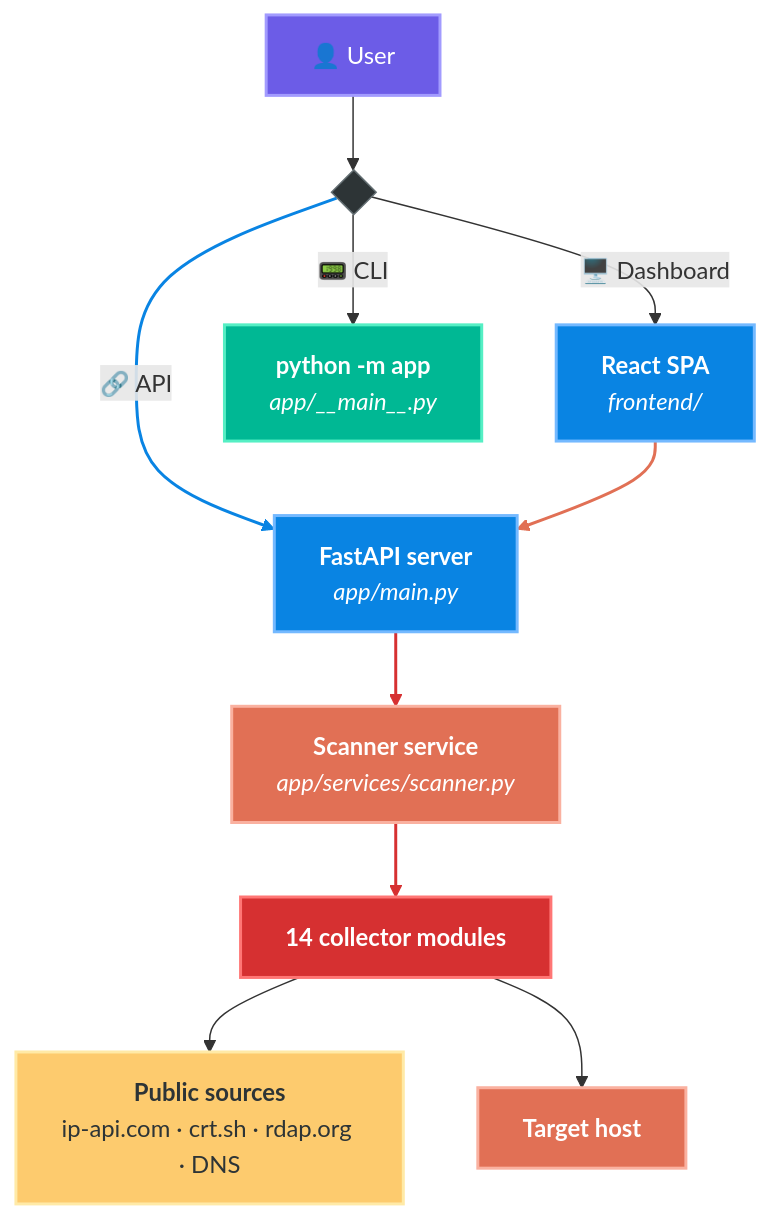
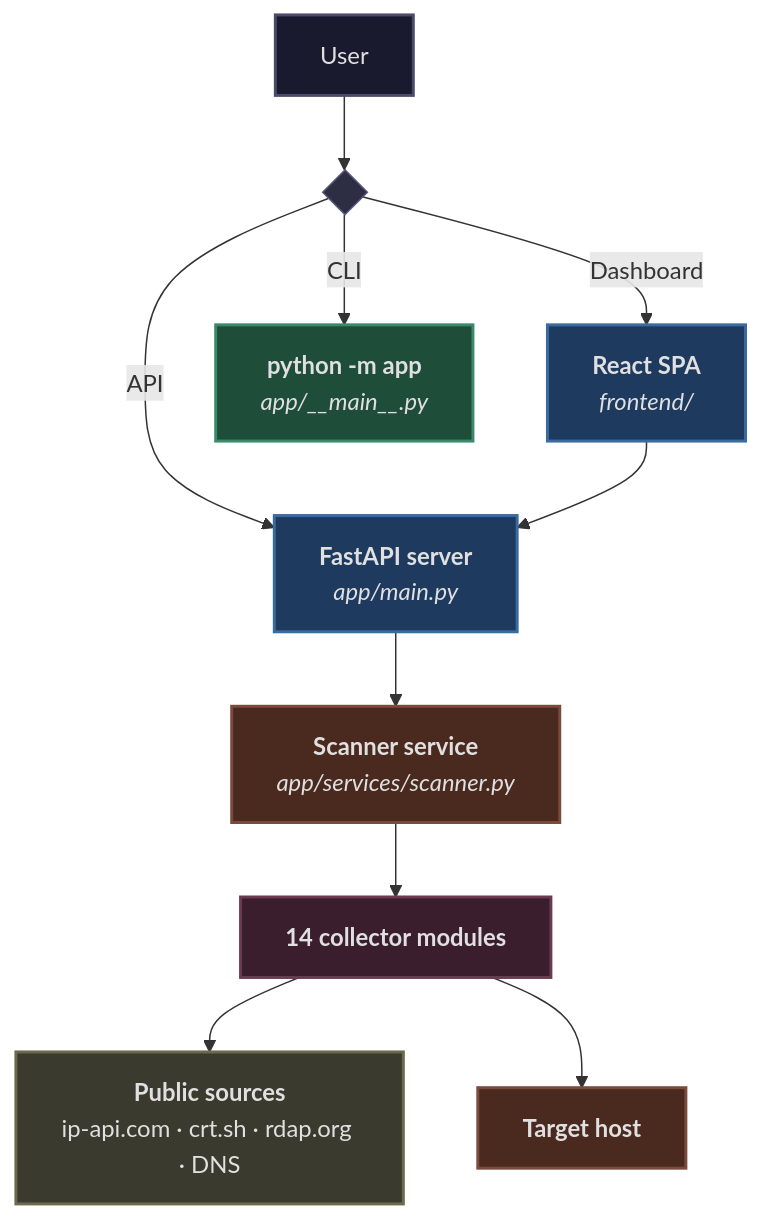
Before and after one commit to zanesense/geointel: the diagram in README.md, drawn with Mermaid.

Commit message:
Professional color palette in mermaid graph, remove emojis

````diff
--- a/README.md
+++ b/README.md
@@ -67,29 +67,25 @@
 ```mermaid
 flowchart TD
-    U[👤 User] --> D{ }
+    U[User] --> D{ }
 
-    D -- "🖥️ Dashboard" --> R["<b>React SPA</b><br/><i>frontend/</i>"]
-    D -- "📟 CLI" --> C["<b>python -m app</b><br/><i>app/__main__.py</i>"]
-    D -- "🔗 API" --> F["<b>FastAPI server</b><br/><i>app/main.py</i>"]
+    D -- Dashboard --> R["<b>React SPA</b><br/><i>frontend/</i>"]
+    D -- CLI --> C["<b>python -m app</b><br/><i>app/__main__.py</i>"]
+    D -- API --> F["<b>FastAPI server</b><br/><i>app/main.py</i>"]
 
     R --> F
     F --> S["<b>Scanner service</b><br/><i>app/services/scanner.py</i>"]
     S --> M["<b>14 collector modules</b>"]
 
-    M --> P["<b>Public sources</b><br/>ip‑api.com · crt.sh · rdap.org · DNS"]
+    M --> P["<b>Public sources</b><br/>ip-api.com · crt.sh · rdap.org · DNS"]
     M --> T["<b>Target host</b>"]
 
-    style U fill:#6c5ce7,stroke:#a29bfe,color:#fff,stroke-width:2px
-    style D fill:#2d3436,stroke:#636e72,color:#dfe6e9,stroke-width:1px
-    style R fill:#0984e3,stroke:#74b9ff,color:#fff,stroke-width:2px
-    style C fill:#00b894,stroke:#55efc4,color:#fff,stroke-width:2px
-    style F fill:#0984e3,stroke:#74b9ff,color:#fff,stroke-width:2px
-    style S fill:#e17055,stroke:#fab1a0,color:#fff,stroke-width:2px
-    style M fill:#d63031,stroke:#ff7675,color:#fff,stroke-width:2px
-    style P fill:#fdcb6e,stroke:#ffeaa7,color:#2d3436,stroke-width:2px
-    style T fill:#e17055,stroke:#fab1a0,color:#fff,stroke-width:2px
-
-    linkStyle 3 stroke:#0984e3,stroke-width:2px
-    linkStyle 4 stroke:#e17055,stroke-width:2px
-    linkStyle 5,6 stroke:#d63031,stroke-width:2px
+    style U fill:#1a1a2e,stroke:#4a4a6a,color:#e0e0e0,stroke-width:2px
+    style D fill:#2d2d44,stroke:#555577,color:#cccccc,stroke-width:1px
+    style R fill:#1e3a5f,stroke:#3a6a9e,color:#e0e0e0,stroke-width:2px
+    style C fill:#1e4d3a,stroke:#3a8a6a,color:#e0e0e0,stroke-width:2px
+    style F fill:#1e3a5f,stroke:#3a6a9e,color:#e0e0e0,stroke-width:2px
+    style S fill:#4a2a1e,stroke:#7a4a3a,color:#e0e0e0,stroke-width:2px
+    style M fill:#3a1e2e,stroke:#6a3a4e,color:#e0e0e0,stroke-width:2px
+    style P fill:#3a3a2e,stroke:#6a6a4e,color:#e0e0e0,stroke-width:2px
+    style T fill:#4a2a1e,stroke:#7a4a3a,color:#e0e0e0,stroke-width:2px
 ```
````
